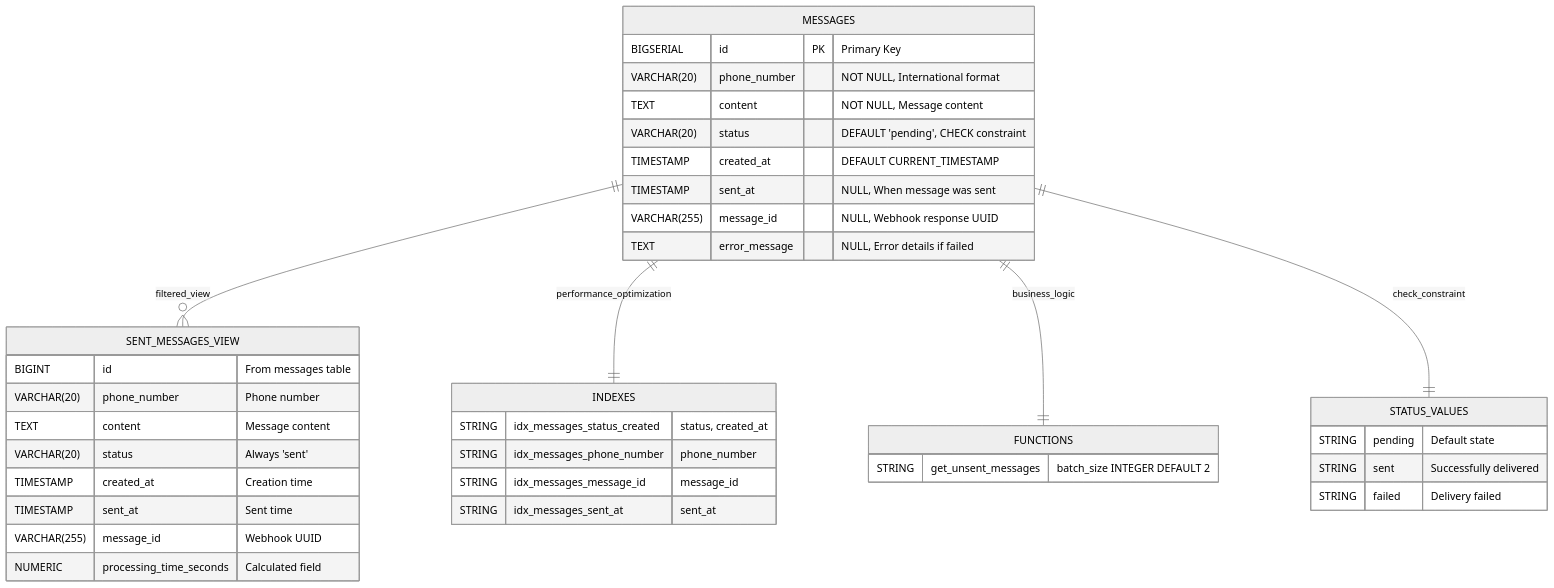
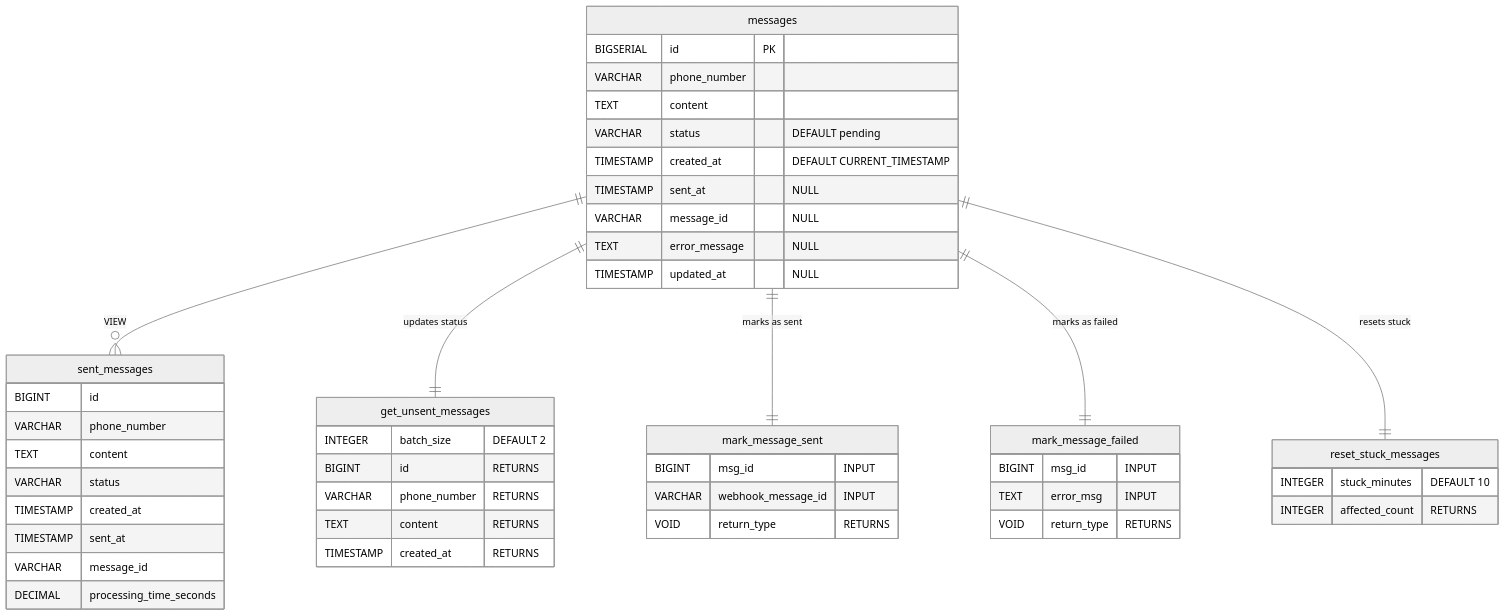
Before and after one commit to craftaholic/insider: the diagram in docs/db_design.mermaid, drawn with Mermaid (neutral theme). The commit also changed 3 other files, not shown here.

```diff
--- a/docs/db_design.mermaid
+++ b/docs/db_design.mermaid
@@ -1,46 +1,54 @@
 erDiagram
-    MESSAGES {
-        BIGSERIAL id PK "Primary Key"
-        VARCHAR(20) phone_number "NOT NULL, International format"
-        TEXT content "NOT NULL, Message content"
-        VARCHAR(20) status "DEFAULT 'pending', CHECK constraint"
+    messages {
+        BIGSERIAL id PK
+        VARCHAR phone_number
+        TEXT content
+        VARCHAR status "DEFAULT pending"
         TIMESTAMP created_at "DEFAULT CURRENT_TIMESTAMP"
-        TIMESTAMP sent_at "NULL, When message was sent"
-        VARCHAR(255) message_id "NULL, Webhook response UUID"
-        TEXT error_message "NULL, Error details if failed"
+        TIMESTAMP sent_at "NULL"
+        VARCHAR message_id "NULL"
+        TEXT error_message "NULL"
+        TIMESTAMP updated_at "NULL"
     }
 
-    SENT_MESSAGES_VIEW {
-        BIGINT id "From messages table"
-        VARCHAR(20) phone_number "Phone number"
-        TEXT content "Message content"
-        VARCHAR(20) status "Always 'sent'"
-        TIMESTAMP created_at "Creation time"
-        TIMESTAMP sent_at "Sent time"
-        VARCHAR(255) message_id "Webhook UUID"
-        NUMERIC processing_time_seconds "Calculated field"
+    sent_messages {
+        BIGINT id
+        VARCHAR phone_number
+        TEXT content
+        VARCHAR status
+        TIMESTAMP created_at
+        TIMESTAMP sent_at
+        VARCHAR message_id
+        DECIMAL processing_time_seconds
     }
 
-    INDEXES {
-        STRING idx_messages_status_created "status, created_at"
-        STRING idx_messages_phone_number "phone_number"
-        STRING idx_messages_message_id "message_id"
-        STRING idx_messages_sent_at "sent_at"
+    get_unsent_messages {
+        INTEGER batch_size "DEFAULT 2"
+        BIGINT id "RETURNS"
+        VARCHAR phone_number "RETURNS"
+        TEXT content "RETURNS"
+        TIMESTAMP created_at "RETURNS"
     }
 
-    FUNCTIONS {
-        STRING get_unsent_messages "batch_size INTEGER DEFAULT 2"
+    mark_message_sent {
+        BIGINT msg_id "INPUT"
+        VARCHAR webhook_message_id "INPUT"
+        VOID return_type "RETURNS"
     }
 
-    MESSAGES ||--o{ SENT_MESSAGES_VIEW : "filtered_view"
-    MESSAGES ||--|| INDEXES : "performance_optimization"
-    MESSAGES ||--|| FUNCTIONS : "business_logic"
+    mark_message_failed {
+        BIGINT msg_id "INPUT"
+        TEXT error_msg "INPUT"
+        VOID return_type "RETURNS"
+    }
 
-    %% Status values constraint
-    MESSAGES ||--|| STATUS_VALUES : "check_constraint"
-    
-    STATUS_VALUES {
-        STRING pending "Default state"
-        STRING sent "Successfully delivered"
-        STRING failed "Delivery failed"
+    reset_stuck_messages {
+        INTEGER stuck_minutes "DEFAULT 10"
+        INTEGER affected_count "RETURNS"
     }
+
+    messages ||--o{ sent_messages : "VIEW"
+    messages ||--|| get_unsent_messages : "updates status"
+    messages ||--|| mark_message_sent : "marks as sent"
+    messages ||--|| mark_message_failed : "marks as failed"
+    messages ||--|| reset_stuck_messages : "resets stuck"
```
